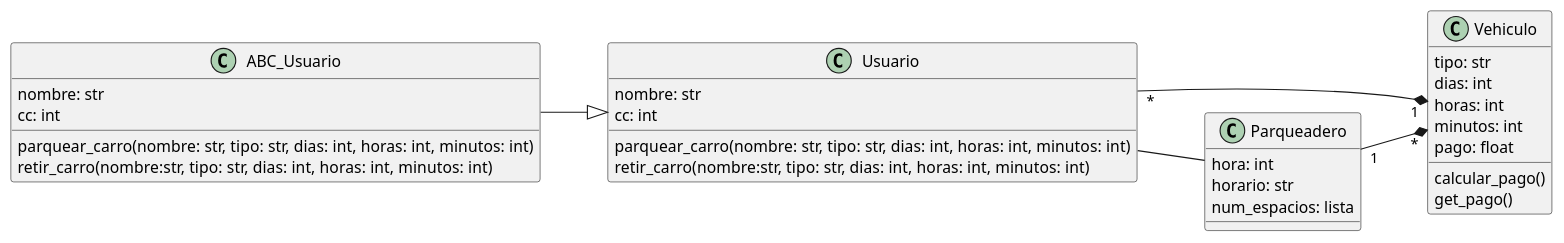
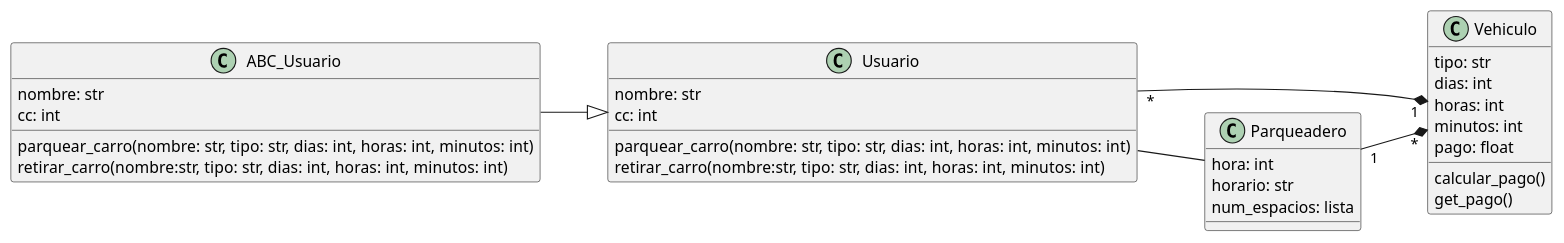
Before and after one commit to Jhon-Jimenez/Parcial_2_OOP: the diagram in parking_lot_uml.puml, drawn with PlantUML. The commit also changed 4 other files, not shown here.

```diff
--- a/parking_lot_uml.puml
+++ b/parking_lot_uml.puml
@@ -1,40 +1,40 @@
 @startuml parking_lot_uml.puml
 
 left to right direction
 
 class Vehiculo{
 tipo: str
 dias: int
 horas: int
 minutos: int
 pago: float
 calcular_pago()
 get_pago()
 }
 
 class Parqueadero{
 hora: int
 horario: str
 num_espacios: lista
 }
 
 class ABC_Usuario{
 nombre: str
 cc: int
 parquear_carro(nombre: str, tipo: str, dias: int, horas: int, minutos: int)
-retir_carro(nombre:str, tipo: str, dias: int, horas: int, minutos: int)
+retirar_carro(nombre:str, tipo: str, dias: int, horas: int, minutos: int)
 }
 
 class Usuario{
 nombre: str
 cc: int
 parquear_carro(nombre: str, tipo: str, dias: int, horas: int, minutos: int)
-retir_carro(nombre:str, tipo: str, dias: int, horas: int, minutos: int)
+retirar_carro(nombre:str, tipo: str, dias: int, horas: int, minutos: int)
 }
 
 ABC_Usuario --|> Usuario
 Parqueadero "1" --* "*" Vehiculo
 Usuario -- Parqueadero
 Usuario "*" --* "1" Vehiculo
 
 @enduml
```
